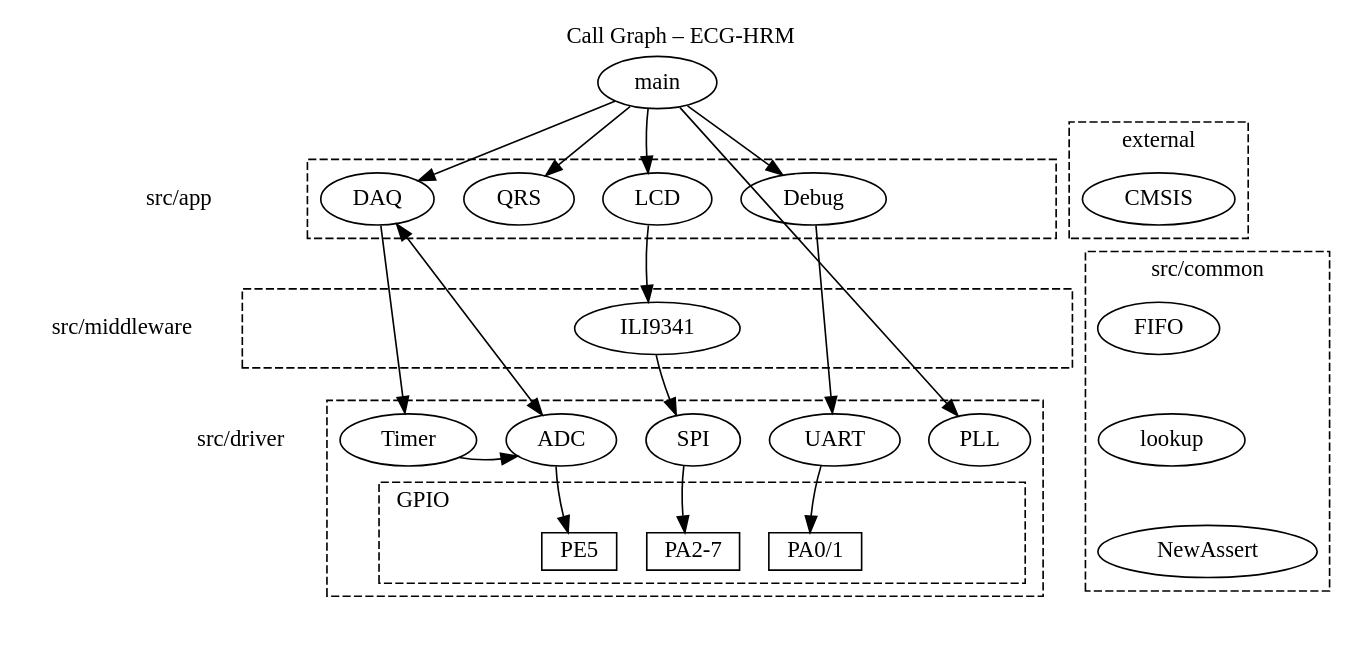
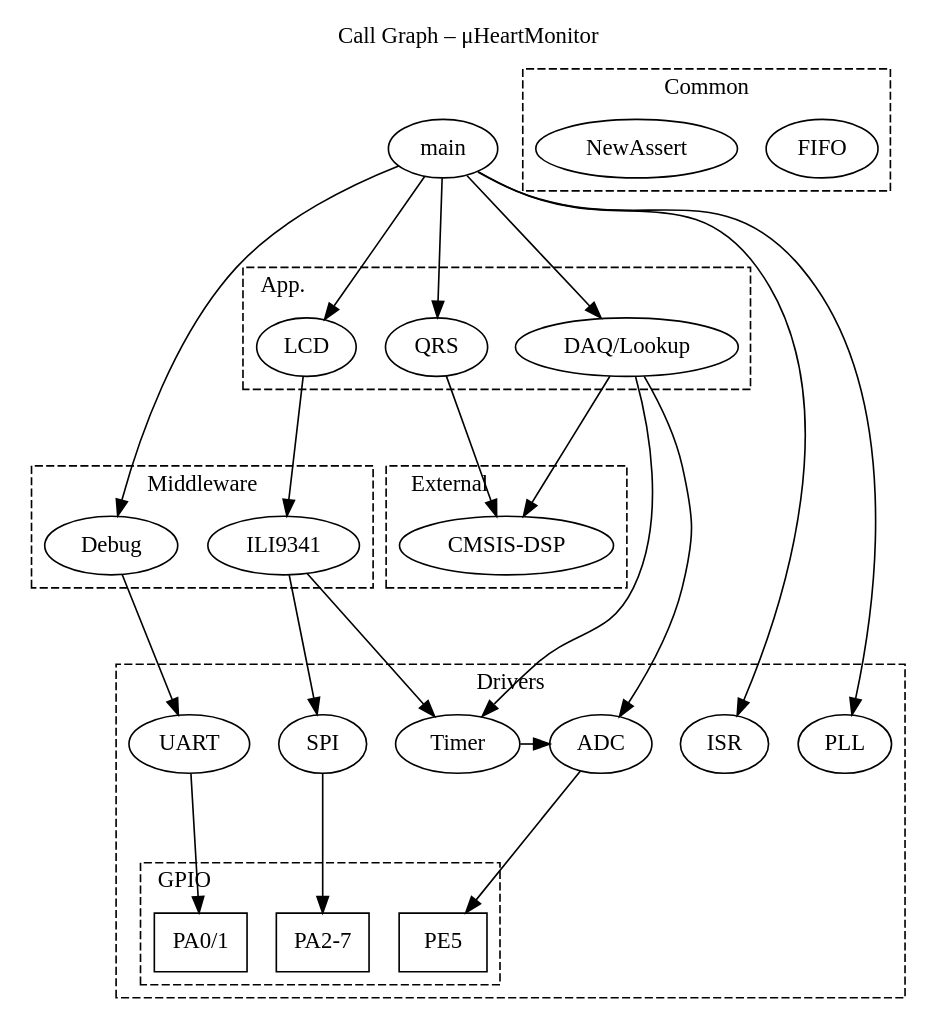
The diagram in docs/doxygen_files/call.dot (bryanmcelvy/microHeartMonitor), drawn with Graphviz before and after one commit. The commit also changed 3 other files, not shown here.

Commit message:
Remake call graph + update docs

```diff
--- a/docs/doxygen_files/call.dot
+++ b/docs/doxygen_files/call.dot
@@ -1,118 +1,88 @@
 digraph {
     labelloc="t";
-    label="Call Graph – ECG-HRM";
-    labeljust="c";
+    label="Call Graph – μHeartMonitor";
     newrank=true;
-    node[shape=ellipse, height=0.25, width=0.5];
-    splines=false;
+    ranksep=1.2;
 
-    /***************************************************************************
-    Main Clusters
-    ***************************************************************************/
+    main;
 
-    // Application Software
-    subgraph cluster_app{
-        label=""; style="dashed";
+    subgraph cluster_app {
+        style="dashed";
+        label="App.";
+        labeljust="l";
 
-        DAQ, QRS, LCD, Debug;
-        app_col5[style=invis, shape=none];
+        LCD;
+        QRS;
+        DAQ[label="DAQ/Lookup"];
     };
 
-    // Middleware
-    subgraph cluster_middleware{
-        label=""
+    subgraph cluster_ext {
         style="dashed";
+        label="External";
+        labeljust="l";
+
+        CMSIS[label="CMSIS-DSP"];
+    };
+
+    subgraph cluster_middle {
+        style="dashed";
+        label="Middleware";
+        labeljust="c";
 
         ILI9341;
-        mid_col1[style=invis, shape=none];
-        mid_col2[style=invis, shape=none];
-        mid_col4[style=invis, shape=none];
-        mid_col5[style=invis, shape=none];
+        Debug;
     };
 
-    // Device Drivers
-    subgraph cluster_driver{
-        label=""; style="dashed";
+    
 
-        ADC, PLL, SPI, Timer, UART;
+    subgraph cluster_common {
+        style="dashed";
+        label="Common";
+        labeljust="c";
 
-        subgraph cluster_gpio{
+        FIFO;
+        NewAssert;
+    };
+
+    subgraph cluster_driver {
+        style="dashed";
+        label="Drivers";
+        labeljust="c";
+
+        ISR;
+        SPI;
+        Timer;
+        ADC;
+        UART;
+        PLL;
+
+        subgraph cluster_gpio {
+            style="dashed";
             label="GPIO";
             labeljust="l";
 
-            node[shape=rect];
-            PA01[label="PA0/1"]
-            PA27[label="PA2-7"];
-            PE5;
-
-            node[style=invis, shape=none, width=0, height=0]
-            hw_col1;
-            hw_col5;
+            PA01[label="PA0/1", shape=rect];
+            PE5[shape=rect];
+            PA27[label="PA2-7", shape=rect];
         };
-
     };
 
-    // Common
-    subgraph cluster_common {
-        label="src/common"; style="dashed";
+    main -> {LCD, QRS, DAQ, Debug, ISR, PLL};
+    DAQ -> {ADC, Timer};
+    LCD -> ILI9341 -> SPI;
 
-        FIFO, lookup, NewAssert;
-    }
+    ILI9341 -> Timer;
 
-    // External
-    subgraph cluster_external {
-        label="external"; style="dashed";
-        CMSIS;
-    }
+    {DAQ, QRS} -> CMSIS;
+    Debug -> UART;
 
-    // Connections
-    edge[constraint=false];
-    main -> {DAQ, QRS, LCD, Debug, PLL};
-    DAQ -> ADC[dir=both];
-    DAQ -> Timer;
-    LCD -> ILI9341 -> SPI -> PA27;
-    Debug -> UART -> PA01;
+    Timer -> ADC -> PE5;
+    SPI -> PA27;
+    UART -> PA01;
 
-    ADC -> PE5;
-    ADC -> Timer[dir=back];
-    
-    /***************************************************************************
-    Graphviz Boilerplate
-    ***************************************************************************/
-    
-    // Rows
-    subgraph invis_rows{
-        edge[style=invis];
-        node[shape=none]
-        rank_app[label="src/app"];
-        rank_middle[label="src/middleware"]; 
-        rank_driver[label="src/driver"];
-
-        node[style=invis, shape=none, width=0, height=0, label=""];
-        rank_main; rank_hw; rank_cols;
-    };
-
-    // Columns
-    subgraph invis_cols{
-        node[style=invis, shape=none, width=0, height=0, label=""];
-        col1, col2, col3, col4, col5, col6;
-    }
-
-    // Horizontal Alignment
-    edge[style=invis, weight=3, constraint=true];
-    {rank=source; rank_main, main};
-    {rank=same; rank_app -> DAQ -> QRS -> LCD -> Debug -> app_col5 -> CMSIS};
-    {rank=same; rank_middle -> mid_col1 -> mid_col2 -> ILI9341 -> mid_col4 -> mid_col5 -> FIFO};
-    {rank=same; rank_driver -> Timer -> ADC -> SPI -> UART -> PLL -> lookup};
-    {rank=same; rank_hw -> hw_col1 -> PE5 -> PA27 -> PA01 -> hw_col5 -> NewAssert};
-    {rank=same; rank_cols -> col1 -> col2 -> col3 -> col4 -> col5 -> col6};
-
-    // Vertical Alignment
-    rank_main -> rank_app -> rank_middle -> rank_driver -> rank_hw -> rank_cols;
-    DAQ -> mid_col1 -> Timer -> hw_col1 -> col1;
-    QRS -> mid_col2 -> ADC -> PE5 -> col2;
-    main -> LCD -> ILI9341 -> SPI -> PA27 -> col3;
-    Debug -> mid_col4 -> UART -> PA01 -> col4;
-    app_col5 -> mid_col5 -> PLL -> hw_col5 -> col5;
-    CMSIS -> FIFO -> lookup -> NewAssert -> col6;
+    {rank=source; main};
+    {rank=same; LCD, QRS, DAQ};
+    {rank=same; ILI9341, Debug};
+    {rank=same; ISR, SPI, Timer, ADC, UART, PLL};
+    {rank=same; PE5, PA27, PA01};
 }
```
